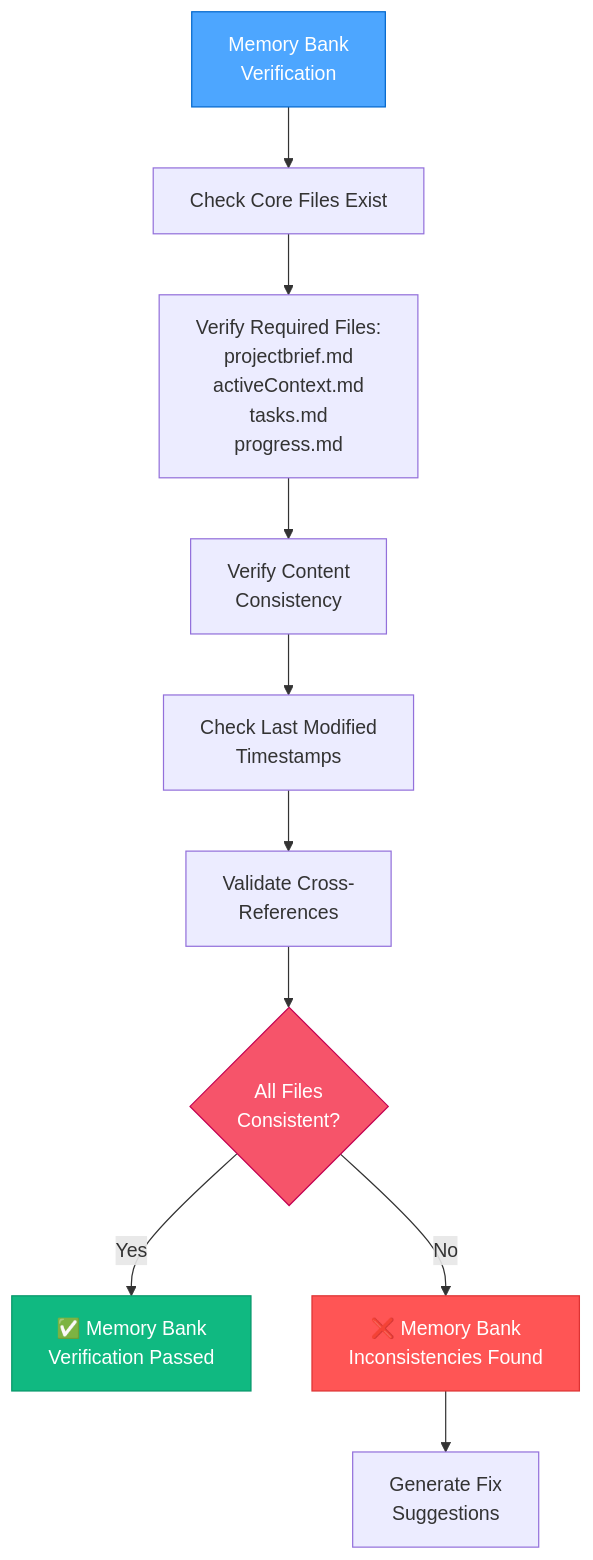
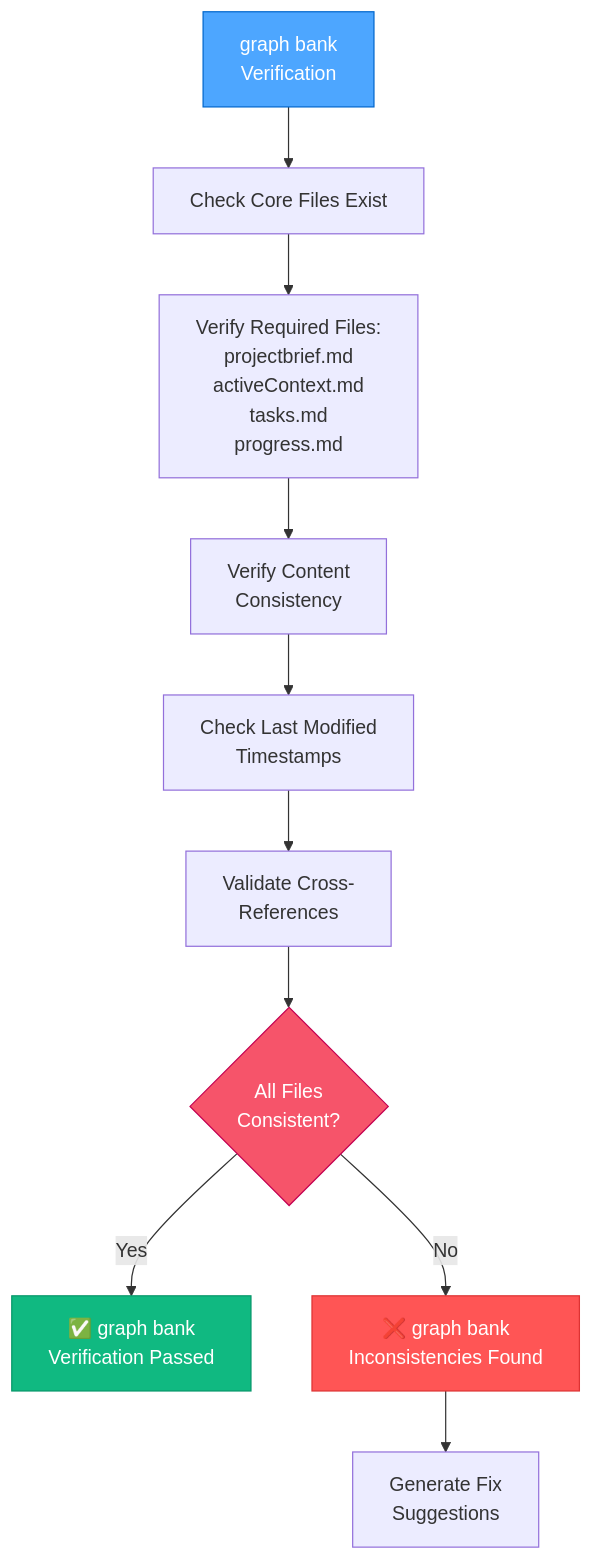
Before and after one commit to 7Spade/cursor-memory-bank: the third of 10 diagrams in .cursor/rules/isolation_rules/visual-maps/qa-mode-map.mdc, drawn with Mermaid. The commit also changed other lines of this file and 43 other files, not shown here.

Commit message:
refactor: Update terminology from "Memory Bank" to "graph bank" across all relevant files, enhancing consistency in documentation and improving clarity in the system's architecture and processes

````diff
--- a/.cursor/rules/isolation_rules/visual-maps/qa-mode-map.mdc
+++ b/.cursor/rules/isolation_rules/visual-maps/qa-mode-map.mdc
@@ -89,20 +89,20 @@
 ```mermaid
 graph TD
-    MBVS["Memory Bank<br>Verification"] --> CoreCheck["Check Core Files Exist"]
+    MBVS["graph bank<br>Verification"] --> CoreCheck["Check Core Files Exist"]
     CoreCheck --> CoreFiles["Verify Required Files:<br>projectbrief.md<br>activeContext.md<br>tasks.md<br>progress.md"]
     
     CoreFiles --> ContentCheck["Verify Content<br>Consistency"]
     ContentCheck --> LastModified["Check Last Modified<br>Timestamps"]
     LastModified --> CrossRef["Validate Cross-<br>References"]
     
     CrossRef --> ConsistencyCheck{"All Files<br>Consistent?"}
-    ConsistencyCheck -->|"Yes"| PassMB["✅ Memory Bank<br>Verification Passed"]
-    ConsistencyCheck -->|"No"| FailMB["❌ Memory Bank<br>Inconsistencies Found"]
+    ConsistencyCheck -->|"Yes"| PassMB["✅ graph bank<br>Verification Passed"]
+    ConsistencyCheck -->|"No"| FailMB["❌ graph bank<br>Inconsistencies Found"]
     
     FailMB --> FixSuggestions["Generate Fix<br>Suggestions"]
     
     style MBVS fill:#4da6ff,stroke:#0066cc,color:white
     style ConsistencyCheck fill:#f6546a,stroke:#c30052,color:white
     style PassMB fill:#10b981,stroke:#059669,color:white
     style FailMB fill:#ff5555,stroke:#dd3333,color:white
 ```
````
